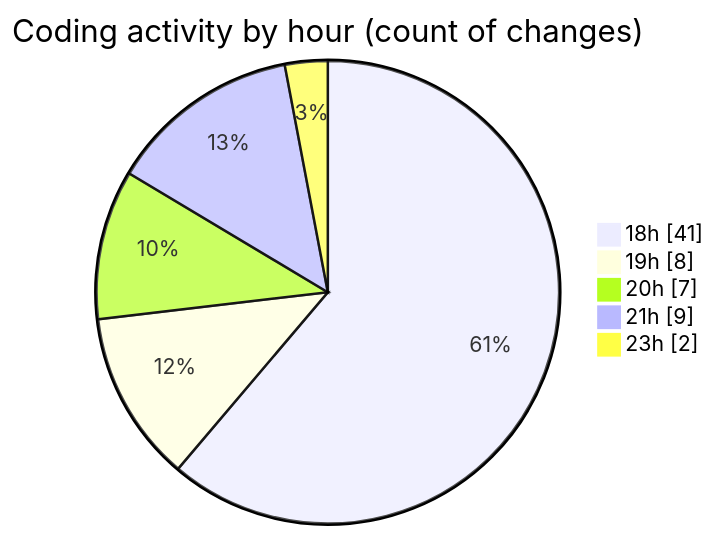
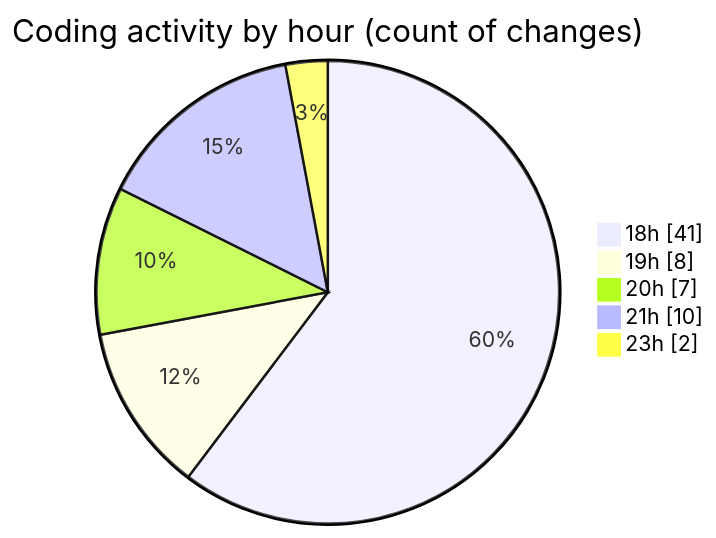
The second of 2 diagrams in 2025-11-01/backend/README.md (Ritupan-Deka/code-tracking), drawn with Mermaid before and after one commit. The commit also changed other lines of this file and 1 other file, not shown here.

````diff
--- a/2025-11-01/backend/README.md
+++ b/2025-11-01/backend/README.md
@@ -46,9 +46,9 @@
 ```mermaid
 pie showData
 title Coding activity by hour (count of changes)
 "18h" : 41
 "19h" : 8
 "20h" : 7
-"21h" : 9
+"21h" : 10
 "23h" : 2
 ```
````
